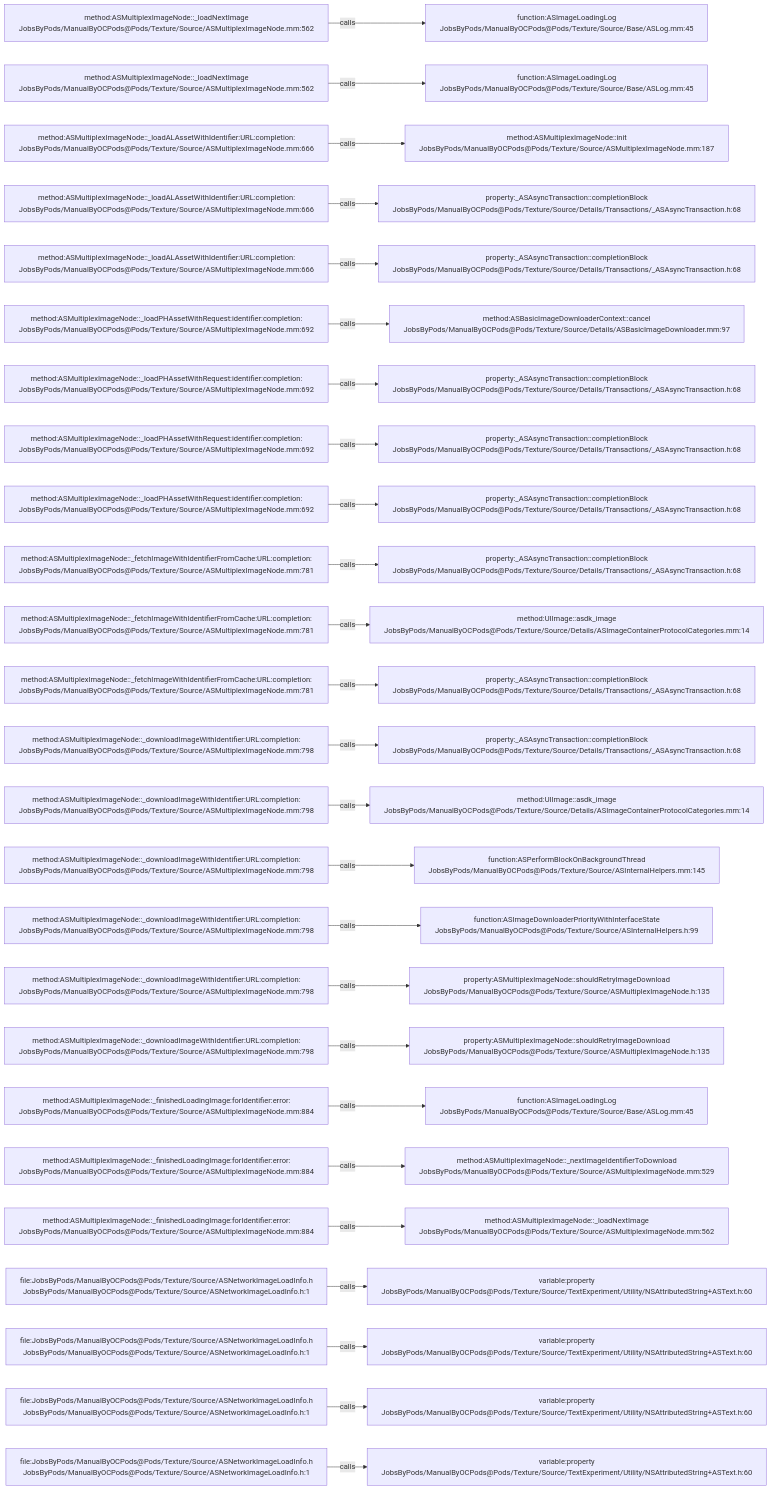
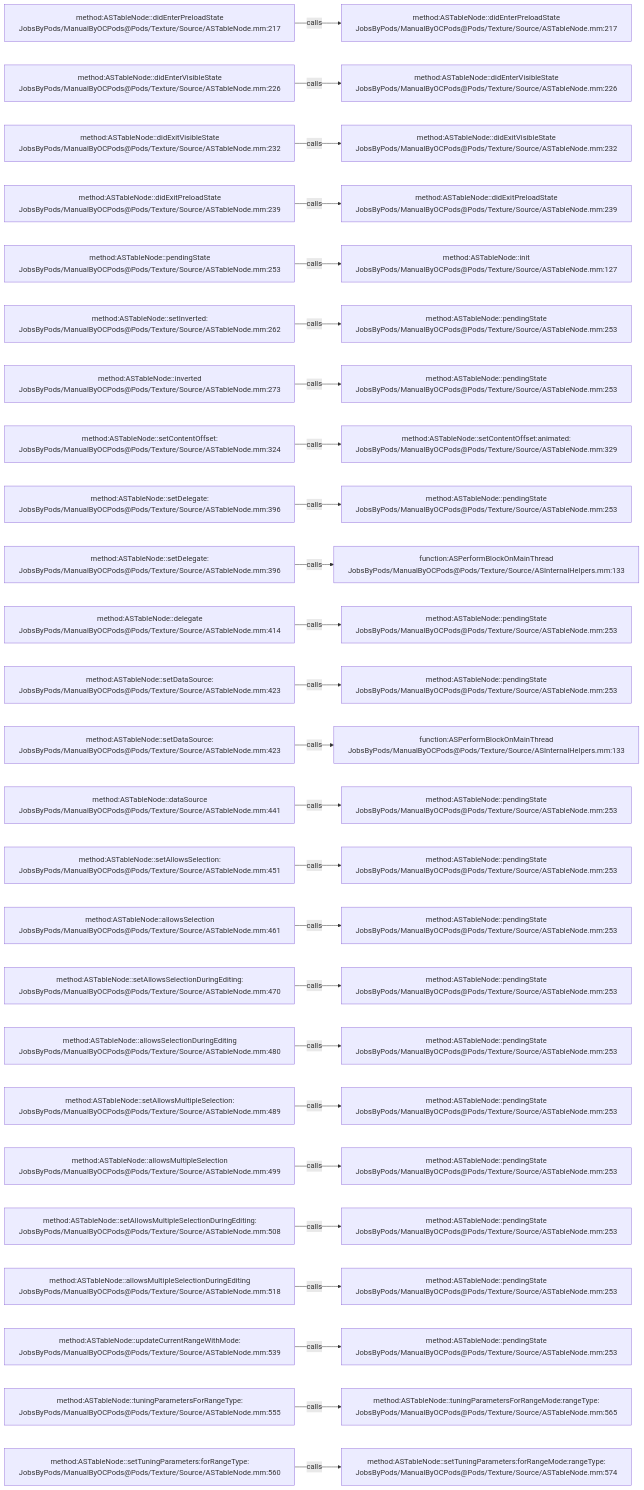
Before and after one commit to JobsKits/JobsOCBaseConfigDemo: the diagram in .codegraph/codegraph.md/graphs/calls-108.md, drawn with Mermaid. The commit also changed 2723 other files, not shown here.

````diff
--- a/.codegraph/codegraph.md/graphs/calls-108.md
+++ b/.codegraph/codegraph.md/graphs/calls-108.md
@@ -13,78 +13,78 @@
 ```mermaid
 flowchart LR
-  S1["method:ASMultiplexImageNode::_loadNextImage<br/>JobsByPods/ManualByOCPods@Pods/Texture/Source/ASMultiplexImageNode.mm:562"]
-  T1["function:ASImageLoadingLog<br/>JobsByPods/ManualByOCPods@Pods/Texture/Source/Base/ASLog.mm:45"]
+  S1["method:ASTableNode::didEnterPreloadState<br/>JobsByPods/ManualByOCPods@Pods/Texture/Source/ASTableNode.mm:217"]
+  T1["method:ASTableNode::didEnterPreloadState<br/>JobsByPods/ManualByOCPods@Pods/Texture/Source/ASTableNode.mm:217"]
   S1 -->|calls| T1
-  S2["method:ASMultiplexImageNode::_loadNextImage<br/>JobsByPods/ManualByOCPods@Pods/Texture/Source/ASMultiplexImageNode.mm:562"]
-  T2["function:ASImageLoadingLog<br/>JobsByPods/ManualByOCPods@Pods/Texture/Source/Base/ASLog.mm:45"]
+  S2["method:ASTableNode::didEnterVisibleState<br/>JobsByPods/ManualByOCPods@Pods/Texture/Source/ASTableNode.mm:226"]
+  T2["method:ASTableNode::didEnterVisibleState<br/>JobsByPods/ManualByOCPods@Pods/Texture/Source/ASTableNode.mm:226"]
   S2 -->|calls| T2
-  S3["method:ASMultiplexImageNode::_loadALAssetWithIdentifier:URL:completion:<br/>JobsByPods/ManualByOCPods@Pods/Texture/Source/ASMultiplexImageNode.mm:666"]
-  T3["method:ASMultiplexImageNode::init<br/>JobsByPods/ManualByOCPods@Pods/Texture/Source/ASMultiplexImageNode.mm:187"]
+  S3["method:ASTableNode::didExitVisibleState<br/>JobsByPods/ManualByOCPods@Pods/Texture/Source/ASTableNode.mm:232"]
+  T3["method:ASTableNode::didExitVisibleState<br/>JobsByPods/ManualByOCPods@Pods/Texture/Source/ASTableNode.mm:232"]
   S3 -->|calls| T3
-  S4["method:ASMultiplexImageNode::_loadALAssetWithIdentifier:URL:completion:<br/>JobsByPods/ManualByOCPods@Pods/Texture/Source/ASMultiplexImageNode.mm:666"]
-  T4["property:_ASAsyncTransaction::completionBlock<br/>JobsByPods/ManualByOCPods@Pods/Texture/Source/Details/Transactions/_ASAsyncTransaction.h:68"]
+  S4["method:ASTableNode::didExitPreloadState<br/>JobsByPods/ManualByOCPods@Pods/Texture/Source/ASTableNode.mm:239"]
+  T4["method:ASTableNode::didExitPreloadState<br/>JobsByPods/ManualByOCPods@Pods/Texture/Source/ASTableNode.mm:239"]
   S4 -->|calls| T4
-  S5["method:ASMultiplexImageNode::_loadALAssetWithIdentifier:URL:completion:<br/>JobsByPods/ManualByOCPods@Pods/Texture/Source/ASMultiplexImageNode.mm:666"]
-  T5["property:_ASAsyncTransaction::completionBlock<br/>JobsByPods/ManualByOCPods@Pods/Texture/Source/Details/Transactions/_ASAsyncTransaction.h:68"]
+  S5["method:ASTableNode::pendingState<br/>JobsByPods/ManualByOCPods@Pods/Texture/Source/ASTableNode.mm:253"]
+  T5["method:ASTableNode::init<br/>JobsByPods/ManualByOCPods@Pods/Texture/Source/ASTableNode.mm:127"]
   S5 -->|calls| T5
-  S6["method:ASMultiplexImageNode::_loadPHAssetWithRequest:identifier:completion:<br/>JobsByPods/ManualByOCPods@Pods/Texture/Source/ASMultiplexImageNode.mm:692"]
-  T6["method:ASBasicImageDownloaderContext::cancel<br/>JobsByPods/ManualByOCPods@Pods/Texture/Source/Details/ASBasicImageDownloader.mm:97"]
+  S6["method:ASTableNode::setInverted:<br/>JobsByPods/ManualByOCPods@Pods/Texture/Source/ASTableNode.mm:262"]
+  T6["method:ASTableNode::pendingState<br/>JobsByPods/ManualByOCPods@Pods/Texture/Source/ASTableNode.mm:253"]
   S6 -->|calls| T6
-  S7["method:ASMultiplexImageNode::_loadPHAssetWithRequest:identifier:completion:<br/>JobsByPods/ManualByOCPods@Pods/Texture/Source/ASMultiplexImageNode.mm:692"]
-  T7["property:_ASAsyncTransaction::completionBlock<br/>JobsByPods/ManualByOCPods@Pods/Texture/Source/Details/Transactions/_ASAsyncTransaction.h:68"]
+  S7["method:ASTableNode::inverted<br/>JobsByPods/ManualByOCPods@Pods/Texture/Source/ASTableNode.mm:273"]
+  T7["method:ASTableNode::pendingState<br/>JobsByPods/ManualByOCPods@Pods/Texture/Source/ASTableNode.mm:253"]
   S7 -->|calls| T7
-  S8["method:ASMultiplexImageNode::_loadPHAssetWithRequest:identifier:completion:<br/>JobsByPods/ManualByOCPods@Pods/Texture/Source/ASMultiplexImageNode.mm:692"]
-  T8["property:_ASAsyncTransaction::completionBlock<br/>JobsByPods/ManualByOCPods@Pods/Texture/Source/Details/Transactions/_ASAsyncTransaction.h:68"]
+  S8["method:ASTableNode::setContentOffset:<br/>JobsByPods/ManualByOCPods@Pods/Texture/Source/ASTableNode.mm:324"]
+  T8["method:ASTableNode::setContentOffset:animated:<br/>JobsByPods/ManualByOCPods@Pods/Texture/Source/ASTableNode.mm:329"]
   S8 -->|calls| T8
-  S9["method:ASMultiplexImageNode::_loadPHAssetWithRequest:identifier:completion:<br/>JobsByPods/ManualByOCPods@Pods/Texture/Source/ASMultiplexImageNode.mm:692"]
-  T9["property:_ASAsyncTransaction::completionBlock<br/>JobsByPods/ManualByOCPods@Pods/Texture/Source/Details/Transactions/_ASAsyncTransaction.h:68"]
+  S9["method:ASTableNode::setDelegate:<br/>JobsByPods/ManualByOCPods@Pods/Texture/Source/ASTableNode.mm:396"]
+  T9["method:ASTableNode::pendingState<br/>JobsByPods/ManualByOCPods@Pods/Texture/Source/ASTableNode.mm:253"]
   S9 -->|calls| T9
-  S10["method:ASMultiplexImageNode::_fetchImageWithIdentifierFromCache:URL:completion:<br/>JobsByPods/ManualByOCPods@Pods/Texture/Source/ASMultiplexImageNode.mm:781"]
-  T10["property:_ASAsyncTransaction::completionBlock<br/>JobsByPods/ManualByOCPods@Pods/Texture/Source/Details/Transactions/_ASAsyncTransaction.h:68"]
+  S10["method:ASTableNode::setDelegate:<br/>JobsByPods/ManualByOCPods@Pods/Texture/Source/ASTableNode.mm:396"]
+  T10["function:ASPerformBlockOnMainThread<br/>JobsByPods/ManualByOCPods@Pods/Texture/Source/ASInternalHelpers.mm:133"]
   S10 -->|calls| T10
-  S11["method:ASMultiplexImageNode::_fetchImageWithIdentifierFromCache:URL:completion:<br/>JobsByPods/ManualByOCPods@Pods/Texture/Source/ASMultiplexImageNode.mm:781"]
-  T11["method:UIImage::asdk_image<br/>JobsByPods/ManualByOCPods@Pods/Texture/Source/Details/ASImageContainerProtocolCategories.mm:14"]
+  S11["method:ASTableNode::delegate<br/>JobsByPods/ManualByOCPods@Pods/Texture/Source/ASTableNode.mm:414"]
+  T11["method:ASTableNode::pendingState<br/>JobsByPods/ManualByOCPods@Pods/Texture/Source/ASTableNode.mm:253"]
   S11 -->|calls| T11
-  S12["method:ASMultiplexImageNode::_fetchImageWithIdentifierFromCache:URL:completion:<br/>JobsByPods/ManualByOCPods@Pods/Texture/Source/ASMultiplexImageNode.mm:781"]
-  T12["property:_ASAsyncTransaction::completionBlock<br/>JobsByPods/ManualByOCPods@Pods/Texture/Source/Details/Transactions/_ASAsyncTransaction.h:68"]
+  S12["method:ASTableNode::setDataSource:<br/>JobsByPods/ManualByOCPods@Pods/Texture/Source/ASTableNode.mm:423"]
+  T12["method:ASTableNode::pendingState<br/>JobsByPods/ManualByOCPods@Pods/Texture/Source/ASTableNode.mm:253"]
   S12 -->|calls| T12
-  S13["method:ASMultiplexImageNode::_downloadImageWithIdentifier:URL:completion:<br/>JobsByPods/ManualByOCPods@Pods/Texture/Source/ASMultiplexImageNode.mm:798"]
-  T13["property:_ASAsyncTransaction::completionBlock<br/>JobsByPods/ManualByOCPods@Pods/Texture/Source/Details/Transactions/_ASAsyncTransaction.h:68"]
+  S13["method:ASTableNode::setDataSource:<br/>JobsByPods/ManualByOCPods@Pods/Texture/Source/ASTableNode.mm:423"]
+  T13["function:ASPerformBlockOnMainThread<br/>JobsByPods/ManualByOCPods@Pods/Texture/Source/ASInternalHelpers.mm:133"]
   S13 -->|calls| T13
-  S14["method:ASMultiplexImageNode::_downloadImageWithIdentifier:URL:completion:<br/>JobsByPods/ManualByOCPods@Pods/Texture/Source/ASMultiplexImageNode.mm:798"]
-  T14["method:UIImage::asdk_image<br/>JobsByPods/ManualByOCPods@Pods/Texture/Source/Details/ASImageContainerProtocolCategories.mm:14"]
+  S14["method:ASTableNode::dataSource<br/>JobsByPods/ManualByOCPods@Pods/Texture/Source/ASTableNode.mm:441"]
+  T14["method:ASTableNode::pendingState<br/>JobsByPods/ManualByOCPods@Pods/Texture/Source/ASTableNode.mm:253"]
   S14 -->|calls| T14
-  S15["method:ASMultiplexImageNode::_downloadImageWithIdentifier:URL:completion:<br/>JobsByPods/ManualByOCPods@Pods/Texture/Source/ASMultiplexImageNode.mm:798"]
-  T15["function:ASPerformBlockOnBackgroundThread<br/>JobsByPods/ManualByOCPods@Pods/Texture/Source/ASInternalHelpers.mm:145"]
+  S15["method:ASTableNode::setAllowsSelection:<br/>JobsByPods/ManualByOCPods@Pods/Texture/Source/ASTableNode.mm:451"]
+  T15["method:ASTableNode::pendingState<br/>JobsByPods/ManualByOCPods@Pods/Texture/Source/ASTableNode.mm:253"]
   S15 -->|calls| T15
-  S16["method:ASMultiplexImageNode::_downloadImageWithIdentifier:URL:completion:<br/>JobsByPods/ManualByOCPods@Pods/Texture/Source/ASMultiplexImageNode.mm:798"]
-  T16["function:ASImageDownloaderPriorityWithInterfaceState<br/>JobsByPods/ManualByOCPods@Pods/Texture/Source/ASInternalHelpers.h:99"]
+  S16["method:ASTableNode::allowsSelection<br/>JobsByPods/ManualByOCPods@Pods/Texture/Source/ASTableNode.mm:461"]
+  T16["method:ASTableNode::pendingState<br/>JobsByPods/ManualByOCPods@Pods/Texture/Source/ASTableNode.mm:253"]
   S16 -->|calls| T16
-  S17["method:ASMultiplexImageNode::_downloadImageWithIdentifier:URL:completion:<br/>JobsByPods/ManualByOCPods@Pods/Texture/Source/ASMultiplexImageNode.mm:798"]
-  T17["property:ASMultiplexImageNode::shouldRetryImageDownload<br/>JobsByPods/ManualByOCPods@Pods/Texture/Source/ASMultiplexImageNode.h:135"]
+  S17["method:ASTableNode::setAllowsSelectionDuringEditing:<br/>JobsByPods/ManualByOCPods@Pods/Texture/Source/ASTableNode.mm:470"]
+  T17["method:ASTableNode::pendingState<br/>JobsByPods/ManualByOCPods@Pods/Texture/Source/ASTableNode.mm:253"]
   S17 -->|calls| T17
-  S18["method:ASMultiplexImageNode::_downloadImageWithIdentifier:URL:completion:<br/>JobsByPods/ManualByOCPods@Pods/Texture/Source/ASMultiplexImageNode.mm:798"]
-  T18["property:ASMultiplexImageNode::shouldRetryImageDownload<br/>JobsByPods/ManualByOCPods@Pods/Texture/Source/ASMultiplexImageNode.h:135"]
+  S18["method:ASTableNode::allowsSelectionDuringEditing<br/>JobsByPods/ManualByOCPods@Pods/Texture/Source/ASTableNode.mm:480"]
+  T18["method:ASTableNode::pendingState<br/>JobsByPods/ManualByOCPods@Pods/Texture/Source/ASTableNode.mm:253"]
   S18 -->|calls| T18
-  S19["method:ASMultiplexImageNode::_finishedLoadingImage:forIdentifier:error:<br/>JobsByPods/ManualByOCPods@Pods/Texture/Source/ASMultiplexImageNode.mm:884"]
-  T19["function:ASImageLoadingLog<br/>JobsByPods/ManualByOCPods@Pods/Texture/Source/Base/ASLog.mm:45"]
+  S19["method:ASTableNode::setAllowsMultipleSelection:<br/>JobsByPods/ManualByOCPods@Pods/Texture/Source/ASTableNode.mm:489"]
+  T19["method:ASTableNode::pendingState<br/>JobsByPods/ManualByOCPods@Pods/Texture/Source/ASTableNode.mm:253"]
   S19 -->|calls| T19
-  S20["method:ASMultiplexImageNode::_finishedLoadingImage:forIdentifier:error:<br/>JobsByPods/ManualByOCPods@Pods/Texture/Source/ASMultiplexImageNode.mm:884"]
-  T20["method:ASMultiplexImageNode::_nextImageIdentifierToDownload<br/>JobsByPods/ManualByOCPods@Pods/Texture/Source/ASMultiplexImageNode.mm:529"]
+  S20["method:ASTableNode::allowsMultipleSelection<br/>JobsByPods/ManualByOCPods@Pods/Texture/Source/ASTableNode.mm:499"]
+  T20["method:ASTableNode::pendingState<br/>JobsByPods/ManualByOCPods@Pods/Texture/Source/ASTableNode.mm:253"]
   S20 -->|calls| T20
-  S21["method:ASMultiplexImageNode::_finishedLoadingImage:forIdentifier:error:<br/>JobsByPods/ManualByOCPods@Pods/Texture/Source/ASMultiplexImageNode.mm:884"]
-  T21["method:ASMultiplexImageNode::_loadNextImage<br/>JobsByPods/ManualByOCPods@Pods/Texture/Source/ASMultiplexImageNode.mm:562"]
+  S21["method:ASTableNode::setAllowsMultipleSelectionDuringEditing:<br/>JobsByPods/ManualByOCPods@Pods/Texture/Source/ASTableNode.mm:508"]
+  T21["method:ASTableNode::pendingState<br/>JobsByPods/ManualByOCPods@Pods/Texture/Source/ASTableNode.mm:253"]
   S21 -->|calls| T21
-  S22["file:JobsByPods/ManualByOCPods@Pods/Texture/Source/ASNetworkImageLoadInfo.h<br/>JobsByPods/ManualByOCPods@Pods/Texture/Source/ASNetworkImageLoadInfo.h:1"]
-  T22["variable:property<br/>JobsByPods/ManualByOCPods@Pods/Texture/Source/TextExperiment/Utility/NSAttributedString+ASText.h:60"]
+  S22["method:ASTableNode::allowsMultipleSelectionDuringEditing<br/>JobsByPods/ManualByOCPods@Pods/Texture/Source/ASTableNode.mm:518"]
+  T22["method:ASTableNode::pendingState<br/>JobsByPods/ManualByOCPods@Pods/Texture/Source/ASTableNode.mm:253"]
   S22 -->|calls| T22
-  S23["file:JobsByPods/ManualByOCPods@Pods/Texture/Source/ASNetworkImageLoadInfo.h<br/>JobsByPods/ManualByOCPods@Pods/Texture/Source/ASNetworkImageLoadInfo.h:1"]
-  T23["variable:property<br/>JobsByPods/ManualByOCPods@Pods/Texture/Source/TextExperiment/Utility/NSAttributedString+ASText.h:60"]
+  S23["method:ASTableNode::updateCurrentRangeWithMode:<br/>JobsByPods/ManualByOCPods@Pods/Texture/Source/ASTableNode.mm:539"]
+  T23["method:ASTableNode::pendingState<br/>JobsByPods/ManualByOCPods@Pods/Texture/Source/ASTableNode.mm:253"]
   S23 -->|calls| T23
-  S24["file:JobsByPods/ManualByOCPods@Pods/Texture/Source/ASNetworkImageLoadInfo.h<br/>JobsByPods/ManualByOCPods@Pods/Texture/Source/ASNetworkImageLoadInfo.h:1"]
-  T24["variable:property<br/>JobsByPods/ManualByOCPods@Pods/Texture/Source/TextExperiment/Utility/NSAttributedString+ASText.h:60"]
+  S24["method:ASTableNode::tuningParametersForRangeType:<br/>JobsByPods/ManualByOCPods@Pods/Texture/Source/ASTableNode.mm:555"]
+  T24["method:ASTableNode::tuningParametersForRangeMode:rangeType:<br/>JobsByPods/ManualByOCPods@Pods/Texture/Source/ASTableNode.mm:565"]
   S24 -->|calls| T24
-  S25["file:JobsByPods/ManualByOCPods@Pods/Texture/Source/ASNetworkImageLoadInfo.h<br/>JobsByPods/ManualByOCPods@Pods/Texture/Source/ASNetworkImageLoadInfo.h:1"]
-  T25["variable:property<br/>JobsByPods/ManualByOCPods@Pods/Texture/Source/TextExperiment/Utility/NSAttributedString+ASText.h:60"]
+  S25["method:ASTableNode::setTuningParameters:forRangeType:<br/>JobsByPods/ManualByOCPods@Pods/Texture/Source/ASTableNode.mm:560"]
+  T25["method:ASTableNode::setTuningParameters:forRangeMode:rangeType:<br/>JobsByPods/ManualByOCPods@Pods/Texture/Source/ASTableNode.mm:574"]
   S25 -->|calls| T25
 ```
````
